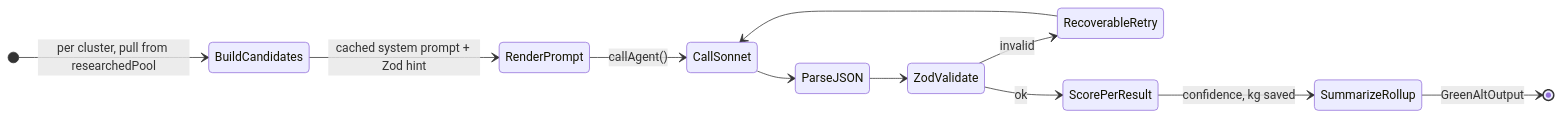
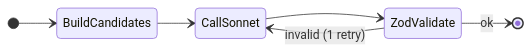
Before and after one commit to LucasDuys/bunq-hackathon: the fourth of 10 diagrams in README.md, drawn with Mermaid. The commit also changed other lines of this file, not shown here.

````diff
--- a/README.md
+++ b/README.md
@@ -200,14 +179,9 @@
 ```mermaid
 stateDiagram-v2
     direction LR
-    [*] --> BuildCandidates: per cluster, pull from researchedPool
-    BuildCandidates --> RenderPrompt: cached system prompt + Zod hint
-    RenderPrompt --> CallSonnet: callAgent()
-    CallSonnet --> ParseJSON
-    ParseJSON --> ZodValidate
-    ZodValidate --> RecoverableRetry: invalid
-    RecoverableRetry --> CallSonnet
-    ZodValidate --> ScorePerResult: ok
-    ScorePerResult --> SummarizeRollup: confidence, kg saved
-    SummarizeRollup --> [*]: GreenAltOutput
+    [*] --> BuildCandidates
+    BuildCandidates --> CallSonnet
+    CallSonnet --> ZodValidate
+    ZodValidate --> CallSonnet: invalid (1 retry)
+    ZodValidate --> [*]: ok
 ```
````
